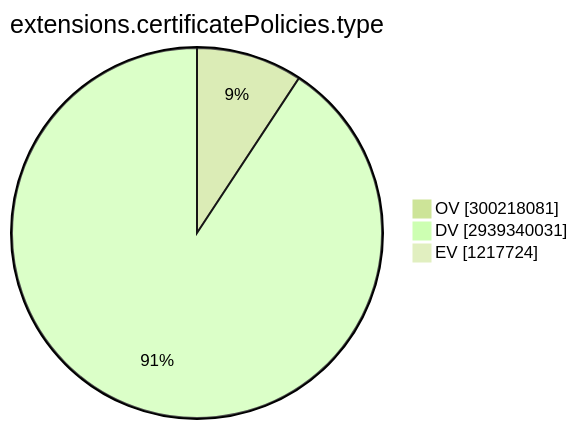
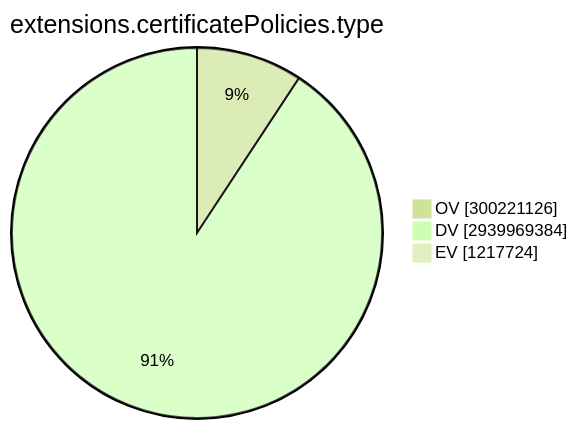
The ninth of 15 diagrams in TOTAL/README.md (christiankrug/ctmonitor_visualization), drawn with Mermaid (forest theme) before and after one commit. The commit also changed other lines of this file, not shown here.

````diff
--- a/TOTAL/README.md
+++ b/TOTAL/README.md
@@ -3101,7 +3101,7 @@
 ```mermaid
 pie showData
 title extensions.certificatePolicies.type
-"OV" :300218081
-"DV" :2939340031
+"OV" :300221126
+"DV" :2939969384
 "EV" :1217724
 ```
````
